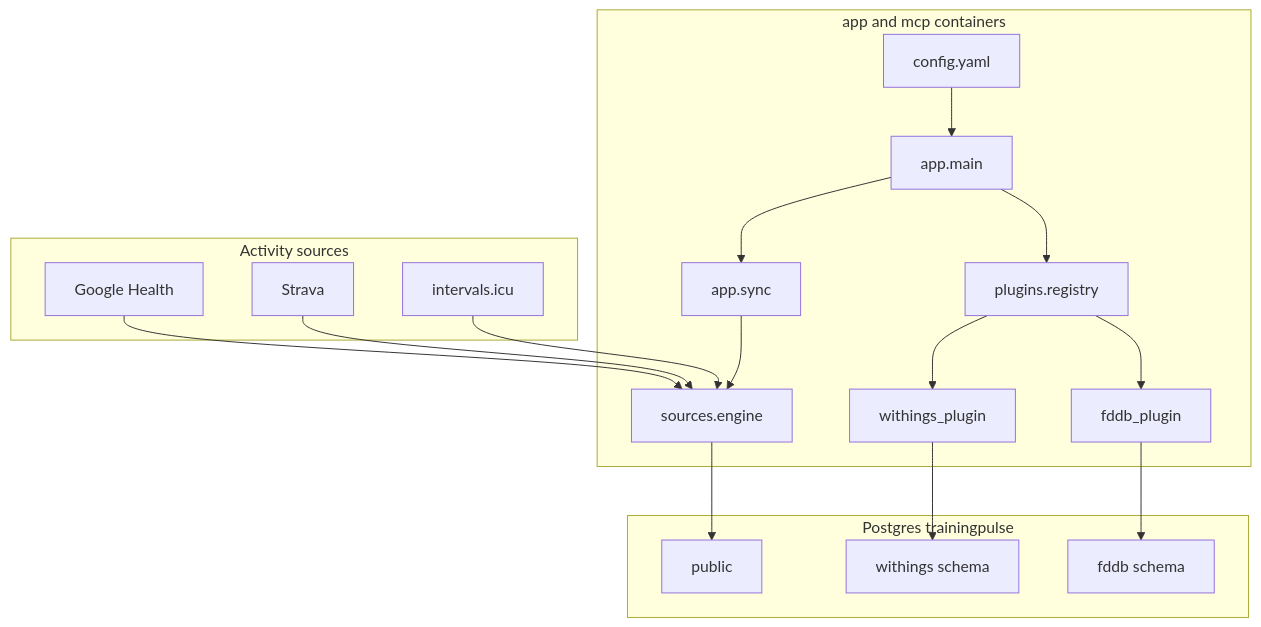
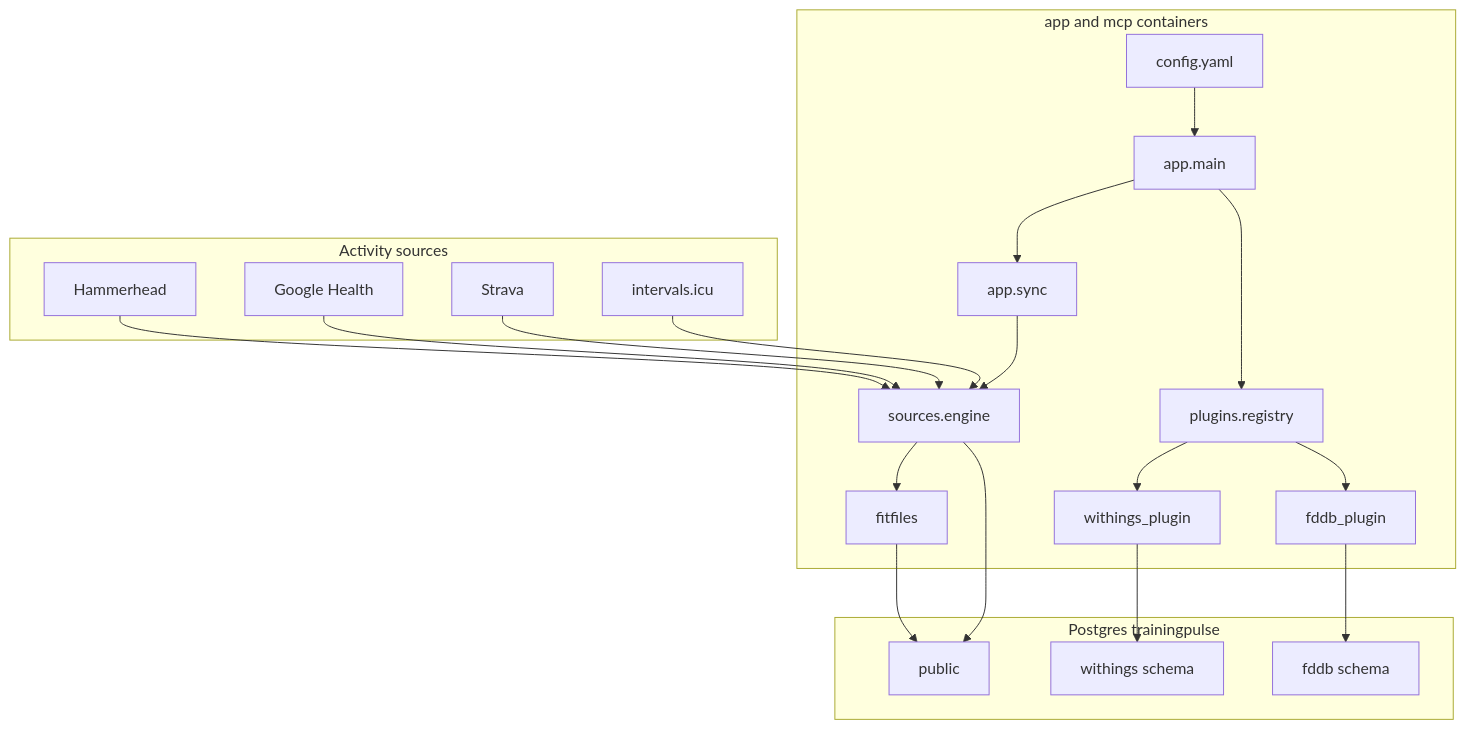
Before and after one commit to mkuf/TrainingPulse: the diagram in DEVELOPERS.md, drawn with Mermaid. The commit also changed other lines of this file and 17 other files, not shown here.

````diff
--- a/DEVELOPERS.md
+++ b/DEVELOPERS.md
@@ -20,32 +21,37 @@
 ```mermaid
 flowchart TB
   subgraph sources [Activity sources]
     ICU[intervals.icu]
     Strava[Strava]
     GHealth[Google Health]
+    Hammerhead[Hammerhead]
   end
   subgraph app_container [app and mcp containers]
     Cfg[config.yaml]
     Main[app.main]
     Sync[app.sync]
     Engine[sources.engine]
+    Fit[fitfiles]
     Reg[plugins.registry]
     Cfg --> Main
     Main --> Sync
     Sync --> Engine
+    Engine --> Fit
     Main --> Reg
     Reg --> Withings[withings_plugin]
     Reg --> Fddb[fddb_plugin]
   end
   subgraph pg [Postgres trainingpulse]
     Public[public]
     Wsch[withings schema]
     Fsch[fddb schema]
   end
   ICU --> Engine
   Strava --> Engine
   GHealth --> Engine
+  Hammerhead --> Engine
   Engine --> Public
+  Fit --> Public
   Withings --> Wsch
   Fddb --> Fsch
 ```
````
